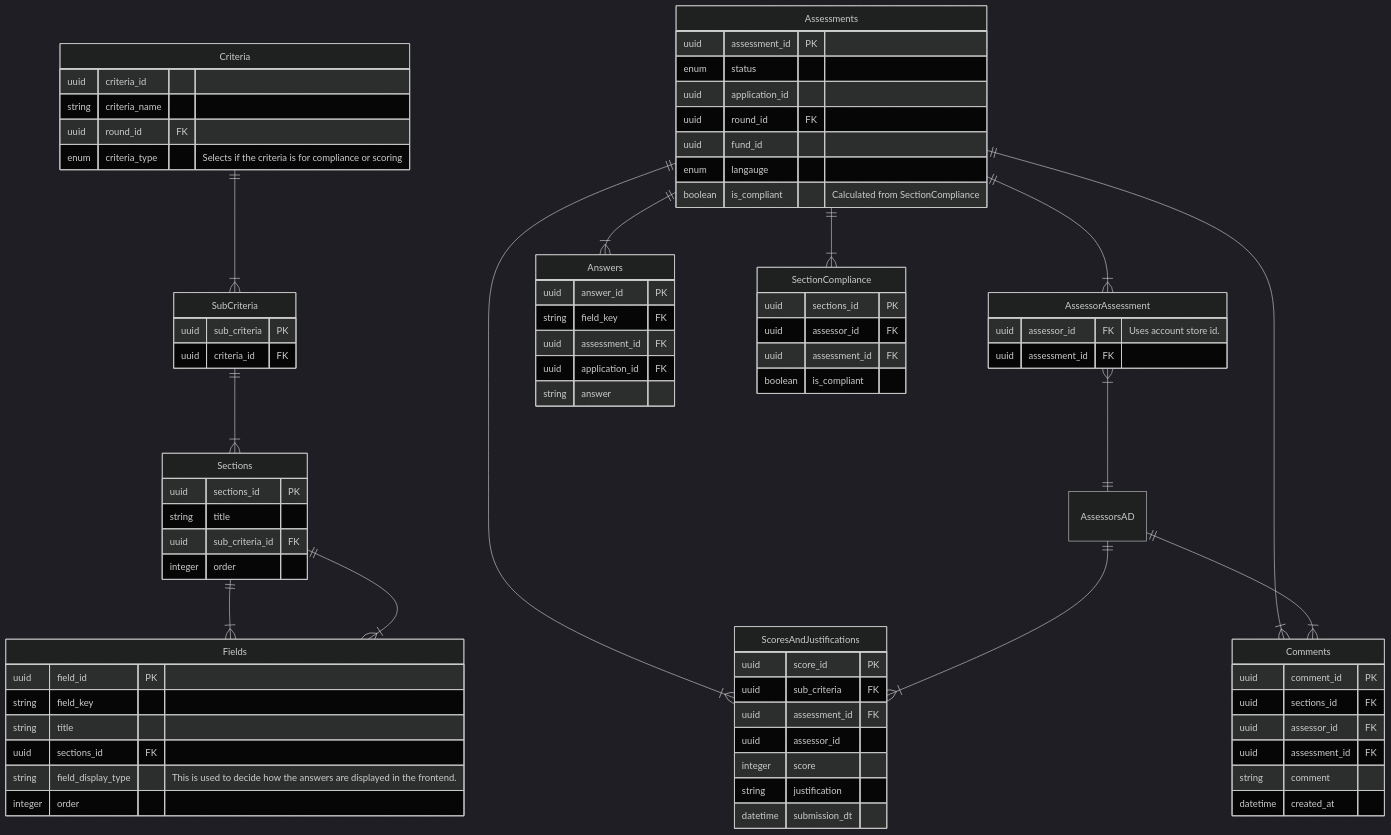
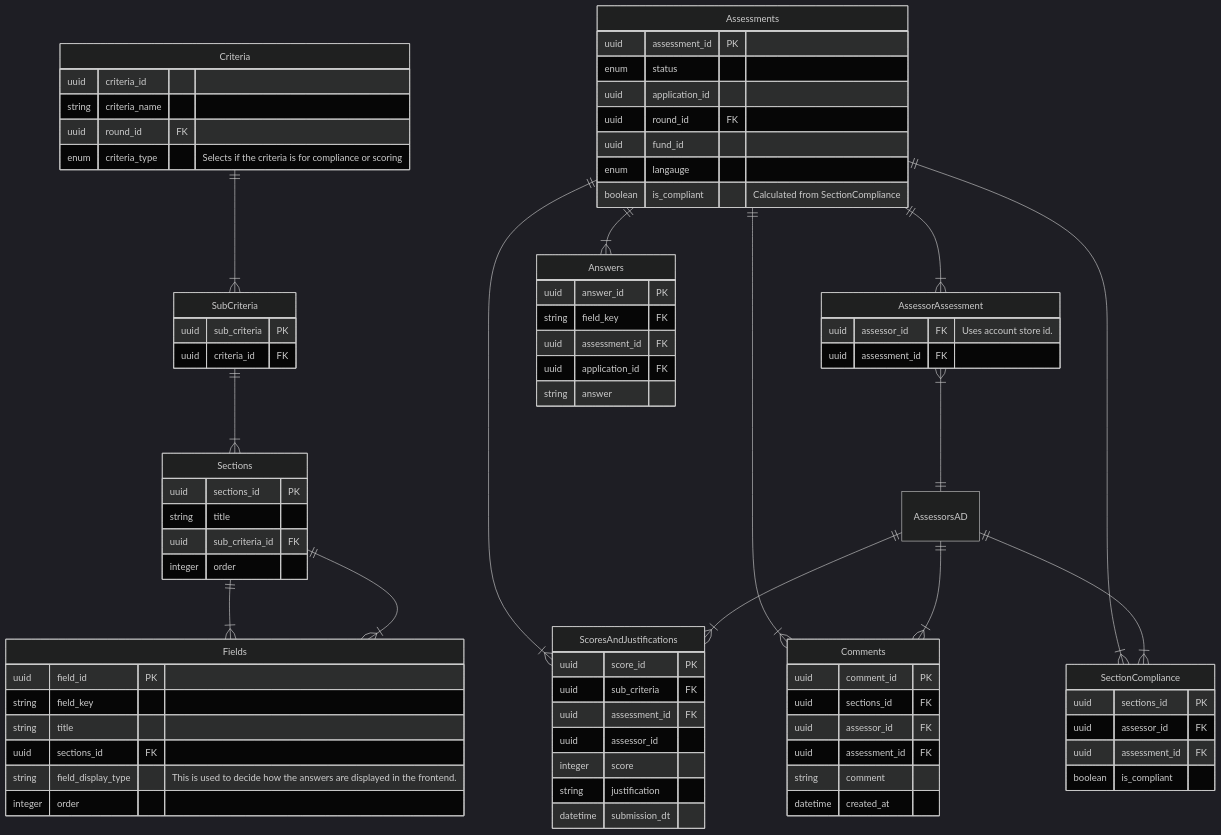
The diagram in diagrams/db_diagram.md (communitiesuk/funding-service-design-assessment-store), drawn with Mermaid (dark theme) before and after one commit.

```diff
--- a/diagrams/db_diagram.md
+++ b/diagrams/db_diagram.md
@@ -76,6 +76,7 @@
 	Assessments ||--|{ AssessorAssessment : ""
 	AssessorsAD ||--|{ Comments : ""
 	AssessorsAD ||--|{ ScoresAndJustifications : ""
+	AssessorsAD ||--|{ SectionCompliance : ""
 	AssessorAssessment }|--|| AssessorsAD : ""
 	
 	Criteria ||--|{ SubCriteria : ""
```
